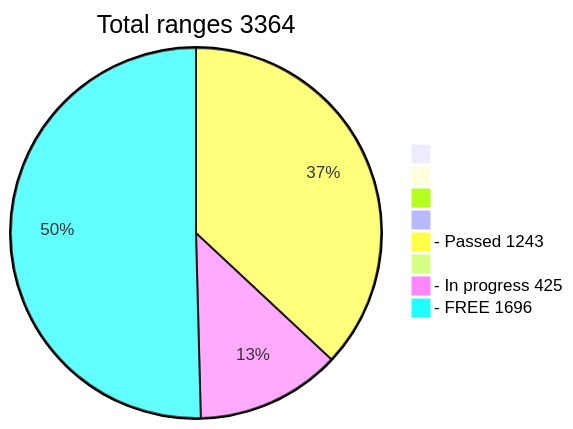
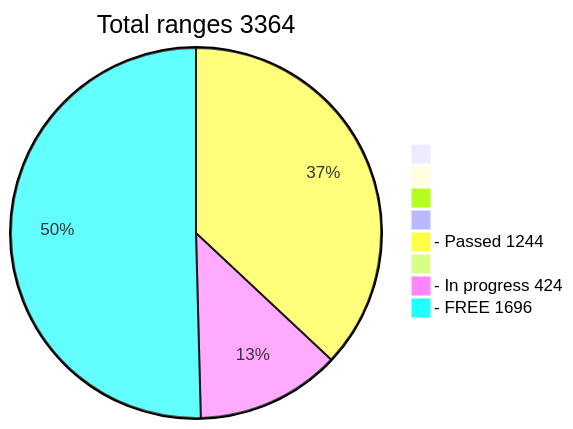
The diagram in README.md (phrutis/wif500), drawn with Mermaid before and after one commit.

````diff
--- a/README.md
+++ b/README.md
@@ -16,12 +16,12 @@
 ```mermaid
 pie title Total ranges 3364
              " " : 0
             "  " : 0
            "   " : 0
           "    " : 0
-  "- Passed 1243" : 1243
+  "- Passed 1244" : 1244
          "     " : 0
-  "- In progress 425" : 425
+  "- In progress 424" : 424
    "- FREE 1696" : 1696
    
 ```
````
